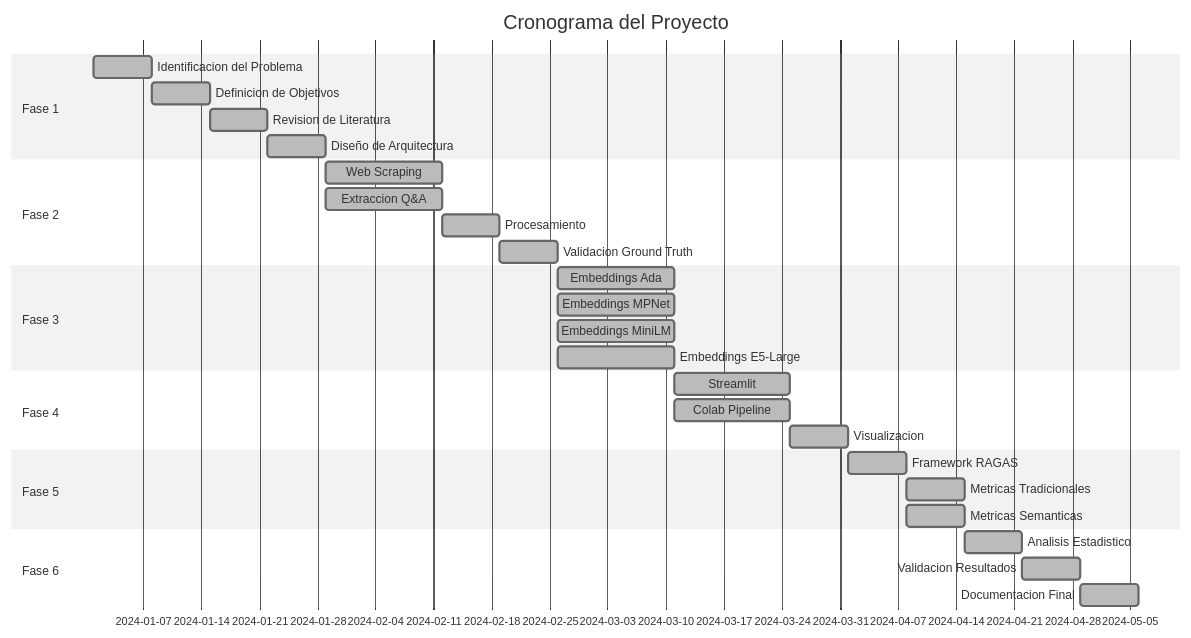
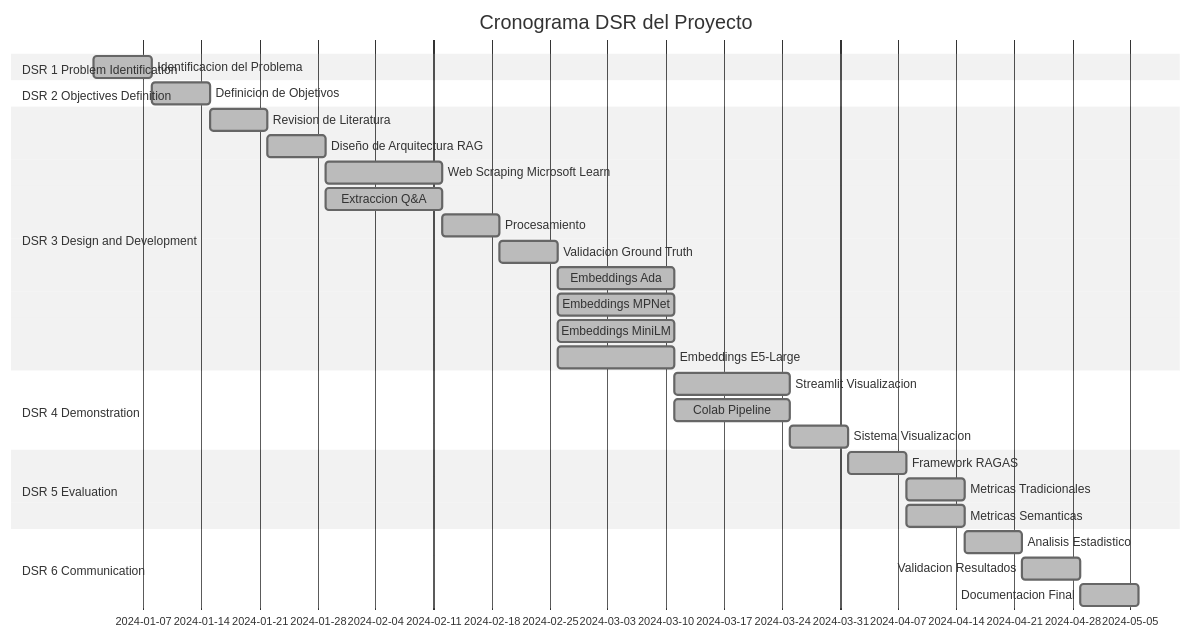
One commit to sirharold/SupportModel changed the diagram in Docs/Octubre2025/capitulo_5_metodologia.md. Above: the diagram before and after it, drawn with Mermaid (neutral theme). The commit also changed other lines of this file and 49 other files, not shown here.

````diff
--- a/Docs/Octubre2025/capitulo_5_metodologia.md
+++ b/Docs/Octubre2025/capitulo_5_metodologia.md
@@ -17,38 +15,38 @@
 ```mermaid
 gantt
-    title Cronograma del Proyecto
+    title Cronograma DSR del Proyecto
     dateFormat YYYY-MM-DD
 
-    section Fase 1
+    section DSR 1 Problem Identification
     Identificacion del Problema :done, f1a, 2024-01-01, 7d
-    Definicion de Objetivos :done, f1b, after f1a, 7d
-    Revision de Literatura :done, f1c, after f1b, 7d
-    Diseño de Arquitectura :done, f1d, after f1c, 7d
 
-    section Fase 2
-    Web Scraping :done, f2a, after f1d, 14d
-    Extraccion Q&A :done, f2b, after f1d, 14d
-    Procesamiento :done, f2c, after f2a, 7d
-    Validacion Ground Truth :done, f2d, after f2c, 7d
+    section DSR 2 Objectives Definition
+    Definicion de Objetivos :done, f2a, after f1a, 7d
 
-    section Fase 3
-    Embeddings Ada :done, f3a, after f2d, 14d
-    Embeddings MPNet :done, f3b, after f2d, 14d
-    Embeddings MiniLM :done, f3c, after f2d, 14d
-    Embeddings E5-Large :done, f3d, after f2d, 14d
+    section DSR 3 Design and Development
+    Revision de Literatura :done, f3a, after f2a, 7d
+    Diseño de Arquitectura RAG :done, f3b, after f3a, 7d
+    Web Scraping Microsoft Learn :done, f3c, after f3b, 14d
+    Extraccion Q&A :done, f3d, after f3b, 14d
+    Procesamiento :done, f3e, after f3c, 7d
+    Validacion Ground Truth :done, f3f, after f3e, 7d
+    Embeddings Ada :done, f3g, after f3f, 14d
+    Embeddings MPNet :done, f3h, after f3f, 14d
+    Embeddings MiniLM :done, f3i, after f3f, 14d
+    Embeddings E5-Large :done, f3j, after f3f, 14d
 
-    section Fase 4
-    Streamlit :done, f4a, after f3a, 14d
-    Colab Pipeline :done, f4b, after f3a, 14d
-    Visualizacion :done, f4c, after f4a, 7d
+    section DSR 4 Demonstration
+    Streamlit Visualizacion :done, f4a, after f3g, 14d
+    Colab Pipeline :done, f4b, after f3g, 14d
+    Sistema Visualizacion :done, f4c, after f4a, 7d
 
-    section Fase 5
+    section DSR 5 Evaluation
     Framework RAGAS :done, f5a, after f4c, 7d
     Metricas Tradicionales :done, f5b, after f5a, 7d
     Metricas Semanticas :done, f5c, after f5a, 7d
 
-    section Fase 6
+    section DSR 6 Communication
     Analisis Estadistico :done, f6a, after f5b, 7d
     Validacion Resultados :done, f6b, after f6a, 7d
     Documentacion Final :done, f6c, after f6b, 7d
 ```
````
